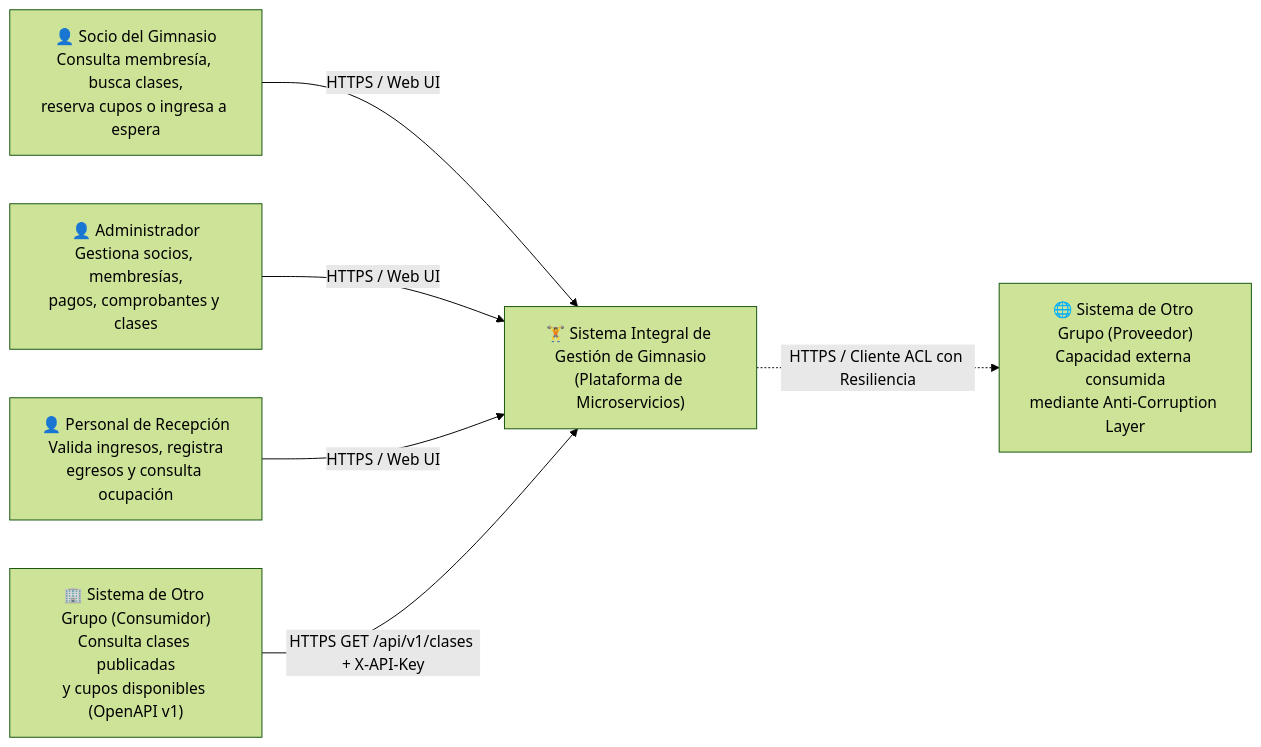
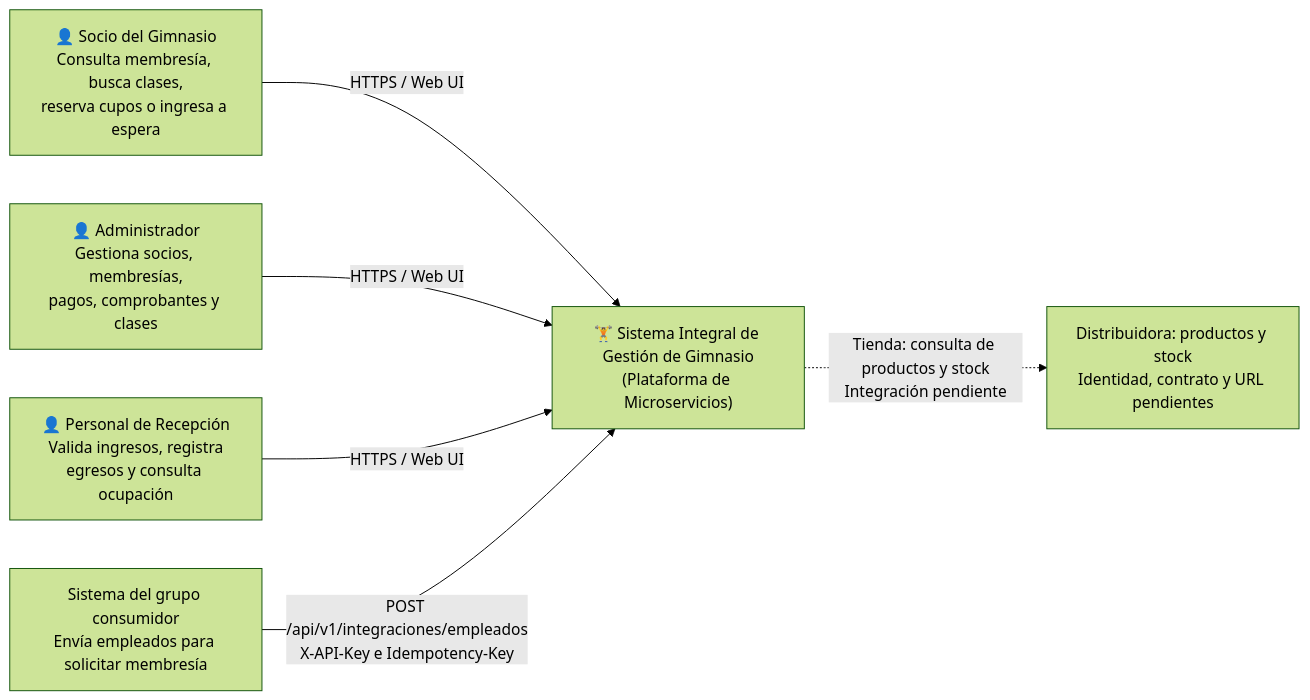
The first of 3 diagrams in docs/ARCHITECTURE.md (PabloMarquezCapilla/Gestion-gimnasio-arquitectura-software), drawn with Mermaid (forest theme) before and after one commit. The commit also changed other lines of this file and 75 other files, not shown here.

First line of the commit message:
feat: consolidar flujo propio y capacidad de empleados para entrega 2

````diff
--- a/docs/ARCHITECTURE.md
+++ b/docs/ARCHITECTURE.md
@@ -46,16 +88,16 @@
 ```mermaid
 flowchart LR
     socio["👤 Socio del Gimnasio<br/>Consulta membresía, busca clases,<br/>reserva cupos o ingresa a espera"]
     admin["👤 Administrador<br/>Gestiona socios, membresías,<br/>pagos, comprobantes y clases"]
     recepcion["👤 Personal de Recepción<br/>Valida ingresos, registra<br/>egresos y consulta ocupación"]
-    consumidor["🏢 Sistema de Otro Grupo (Consumidor)<br/>Consulta clases publicadas<br/>y cupos disponibles (OpenAPI v1)"]
-    proveedor["🌐 Sistema de Otro Grupo (Proveedor)<br/>Capacidad externa consumida<br/>mediante Anti-Corruption Layer"]
+    consumidor["Sistema del grupo consumidor<br/>Envía empleados para solicitar membresía"]
+    proveedor["Distribuidora: productos y stock<br/>Identidad, contrato y URL pendientes"]
 
     sistema["🏋️ Sistema Integral de Gestión de Gimnasio<br/>(Plataforma de Microservicios)"]
 
     socio -->|HTTPS / Web UI| sistema
     admin -->|HTTPS / Web UI| sistema
     recepcion -->|HTTPS / Web UI| sistema
-    consumidor -->|HTTPS GET /api/v1/clases + X-API-Key| sistema
-    sistema -.->|HTTPS / Cliente ACL con Resiliencia| proveedor
+    consumidor -->|POST /api/v1/integraciones/empleados<br/>X-API-Key e Idempotency-Key| sistema
+    sistema -.->|Tienda: consulta de productos y stock<br/>Integración pendiente| proveedor
 ```
````
